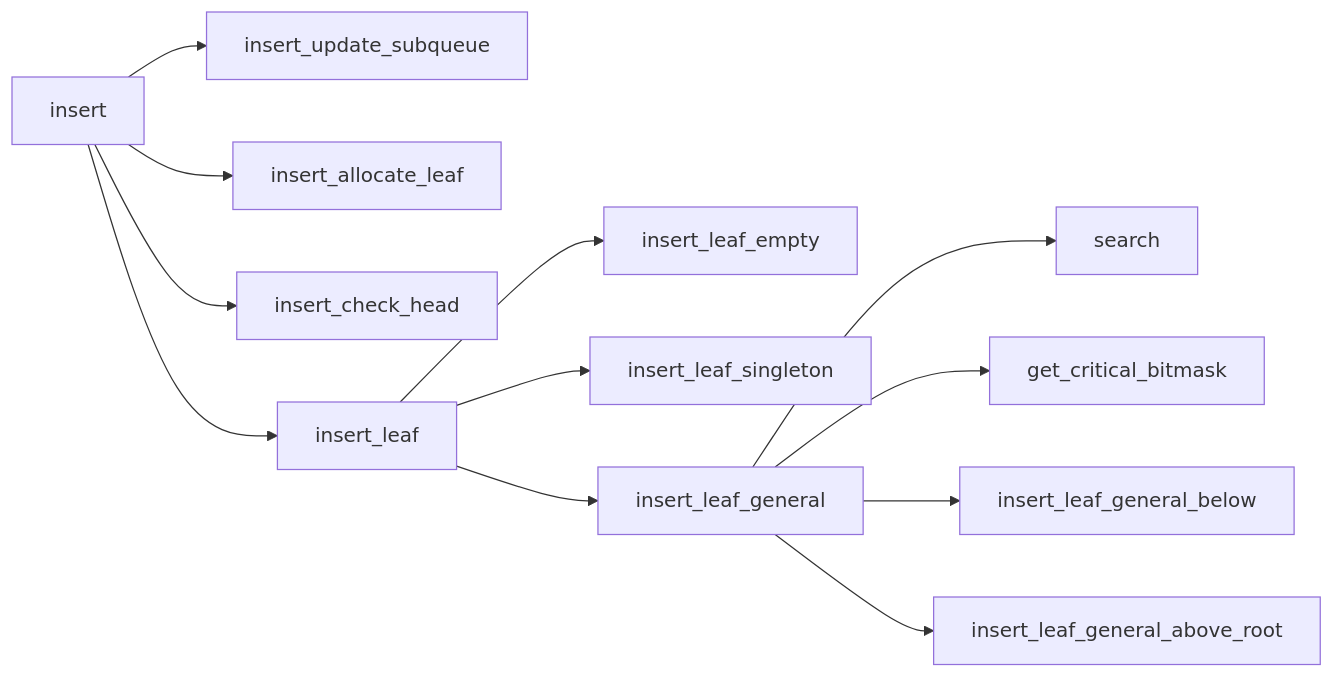
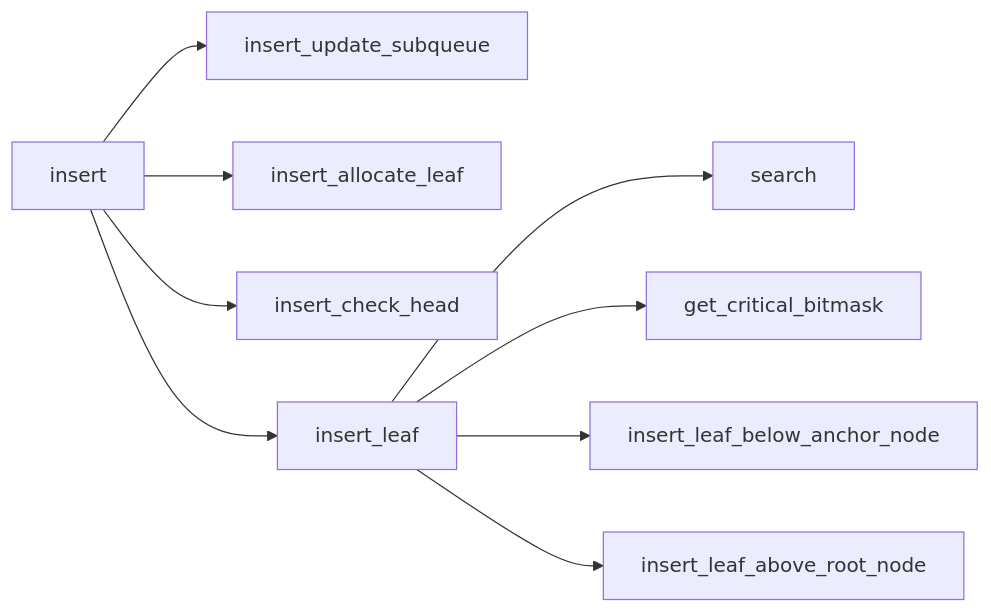
One commit to econia-labs/econia changed the third of 5 diagrams in doc/diagrams/src/modules/critqueue.md. Above: the diagram before and after it, drawn with Mermaid. The commit also changed 2 other files, not shown here.

Commit message:
Refactor insert below anchor name, params

````diff
--- a/doc/diagrams/src/modules/critqueue.md
+++ b/doc/diagrams/src/modules/critqueue.md
@@ -35,17 +35,14 @@
 ```mermaid
 
 flowchart LR
 
 insert --> insert_update_subqueue
 insert --> insert_allocate_leaf
 insert --> insert_check_head
 insert --> insert_leaf
-insert_leaf --> insert_leaf_empty
-insert_leaf --> insert_leaf_singleton
-insert_leaf --> insert_leaf_general
-insert_leaf_general --> search
-insert_leaf_general --> get_critical_bitmask
-insert_leaf_general --> insert_leaf_general_below
-insert_leaf_general --> insert_leaf_general_above_root
+insert_leaf --> search
+insert_leaf --> get_critical_bitmask
+insert_leaf --> insert_leaf_below_anchor_node
+insert_leaf --> insert_leaf_above_root_node
 
 ```
````
